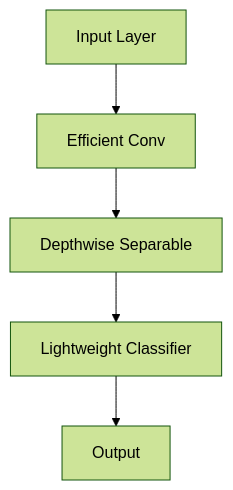
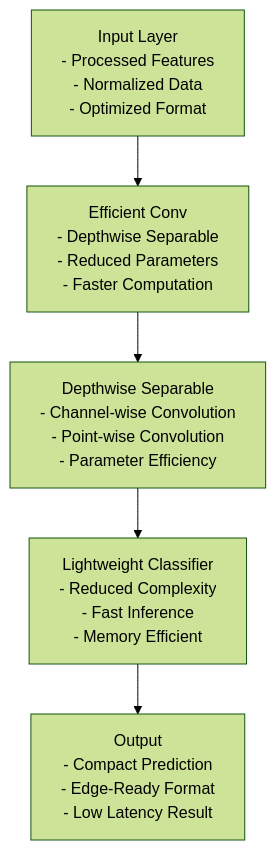
The tenth of 17 diagrams in DIAGRAMS.md (prathameshatkare/Final_Cystic_fibrosis_project), drawn with Mermaid (forest theme) before and after one commit. The commit also changed other lines of this file, not shown here.

Commit message:
diagrams

````diff
--- a/DIAGRAMS.md
+++ b/DIAGRAMS.md
@@ -143,7 +183,7 @@
 ```mermaid
 graph TB
-    A[Input Layer] --> B[Efficient Conv]
-    B --> C[Depthwise Separable]
-    C --> D[Lightweight Classifier]
-    D --> E[Output]
+    A[Input Layer<br/>- Processed Features<br/>- Normalized Data<br/>- Optimized Format] --> B[Efficient Conv<br/>- Depthwise Separable<br/>- Reduced Parameters<br/>- Faster Computation]
+    B --> C[Depthwise Separable<br/>- Channel-wise Convolution<br/>- Point-wise Convolution<br/>- Parameter Efficiency]
+    C --> D[Lightweight Classifier<br/>- Reduced Complexity<br/>- Fast Inference<br/>- Memory Efficient]
+    D --> E[Output<br/>- Compact Prediction<br/>- Edge-Ready Format<br/>- Low Latency Result]
 ```
````
